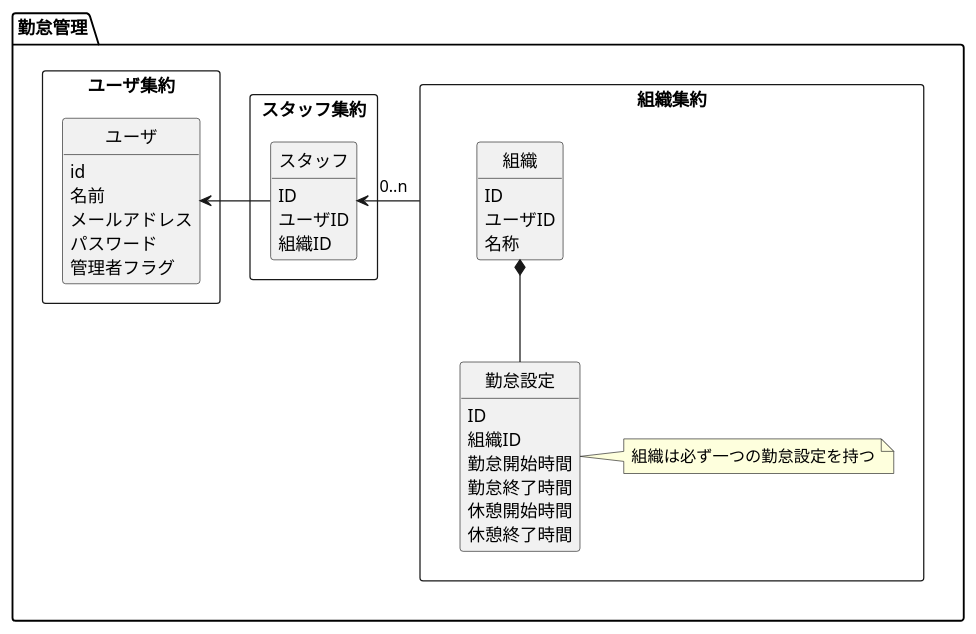
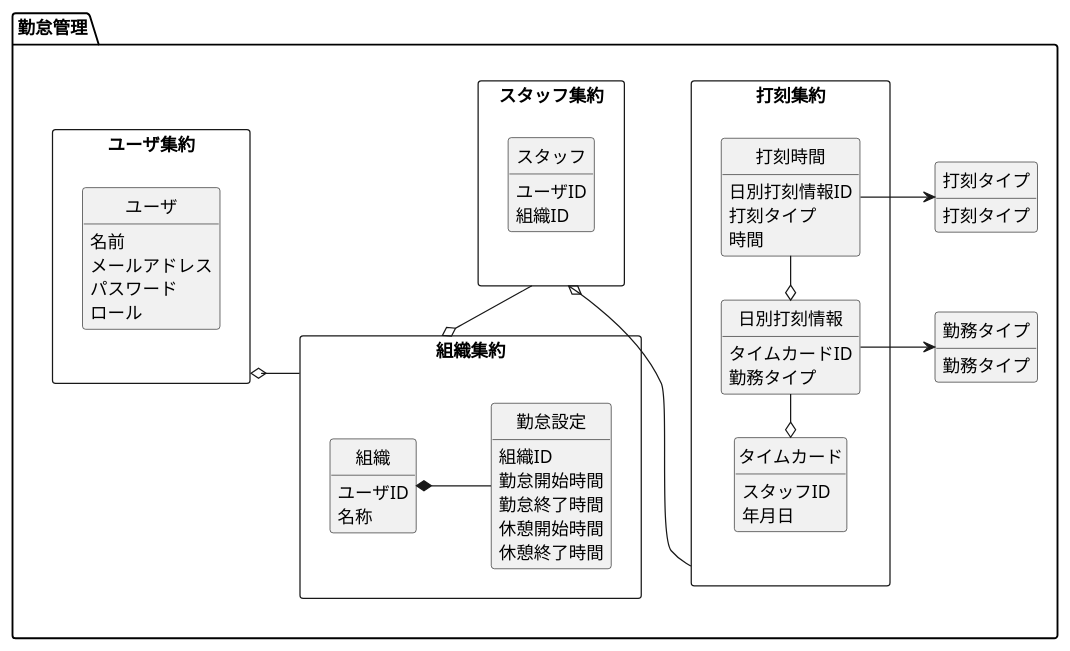
Before and after one commit to Nke0628/work-app: the diagram in uml/詳細設計/ドメインモデル.puml, drawn with PlantUML. The commit also changed 22 other files, not shown here.

```diff
--- a/uml/詳細設計/ドメインモデル.puml
+++ b/uml/詳細設計/ドメインモデル.puml
@@ -1,43 +1,74 @@
 @startuml
 hide circle
 hide methods
+left to right direction
 
 package 勤怠管理{
 
     rectangle 組織集約{
         class 組織
-        class 勤怠設定
-        note right : 組織は必ず一つの勤怠設定を持つ
         組織 *-- 勤怠設定
-        組織 : ID
         組織 : ユーザID
         組織 : 名称
-        勤怠設定 : ID
+
+        class 勤怠設定
         勤怠設定 : 組織ID
         勤怠設定 : 勤怠開始時間
         勤怠設定 : 勤怠終了時間
         勤怠設定 : 休憩開始時間
         勤怠設定 : 休憩終了時間
     }
 
-    rectangle スタッフ集約{
-        class スタッフ
-        スタッフ : ID
-        スタッフ : ユーザID
-        スタッフ : 組織ID
+    rectangle ユーザ集約{
+        class ユーザ{
+            名前
+            メールアドレス
+            パスワード
+            ロール
+        }
     }
 
-    rectangle ユーザ集約{
-        class ユーザ
-        ユーザ : id
-        ユーザ : 名前
-        ユーザ : メールアドレス
-        ユーザ : パスワード
-        ユーザ : 管理者フラグ
+    rectangle スタッフ集約{
+        class スタッフ{
+            ユーザID
+            組織ID
+        }
     }
 
-    スタッフ -> ユーザ
-    スタッフ <- 組織集約 : 0..n
+    rectangle 打刻集約{
+        class タイムカード{
+            スタッフID
+            年月日
+        }
+
+        class 日別打刻情報{
+            タイムカードID
+            勤務タイプ
+        }
+
+        class 打刻時間{
+            日別打刻情報ID
+            打刻タイプ
+            時間
+        }
+    }
+
+    class 打刻タイプ{
+        打刻タイプ
+    }
+
+    class 勤務タイプ{
+        勤務タイプ
+    }
+
+    ユーザ集約 o-- 組織集約
+    組織集約 o-- スタッフ集約
+    スタッフ集約 o-- 打刻集約
+
+    タイムカード o-日別打刻情報
+    日別打刻情報 o-打刻時間
+    日別打刻情報 --> 勤務タイプ
+    打刻時間 --> 打刻タイプ
 
 }
 @enduml
```
